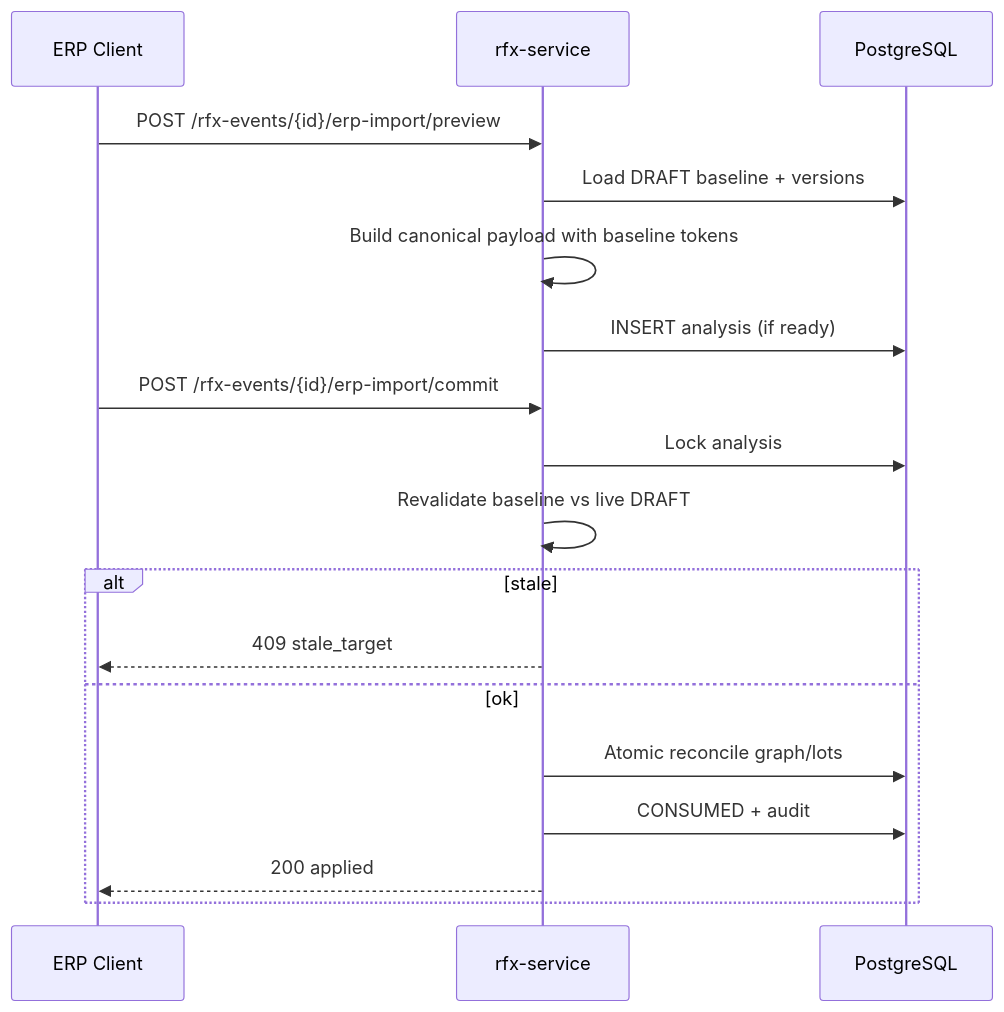
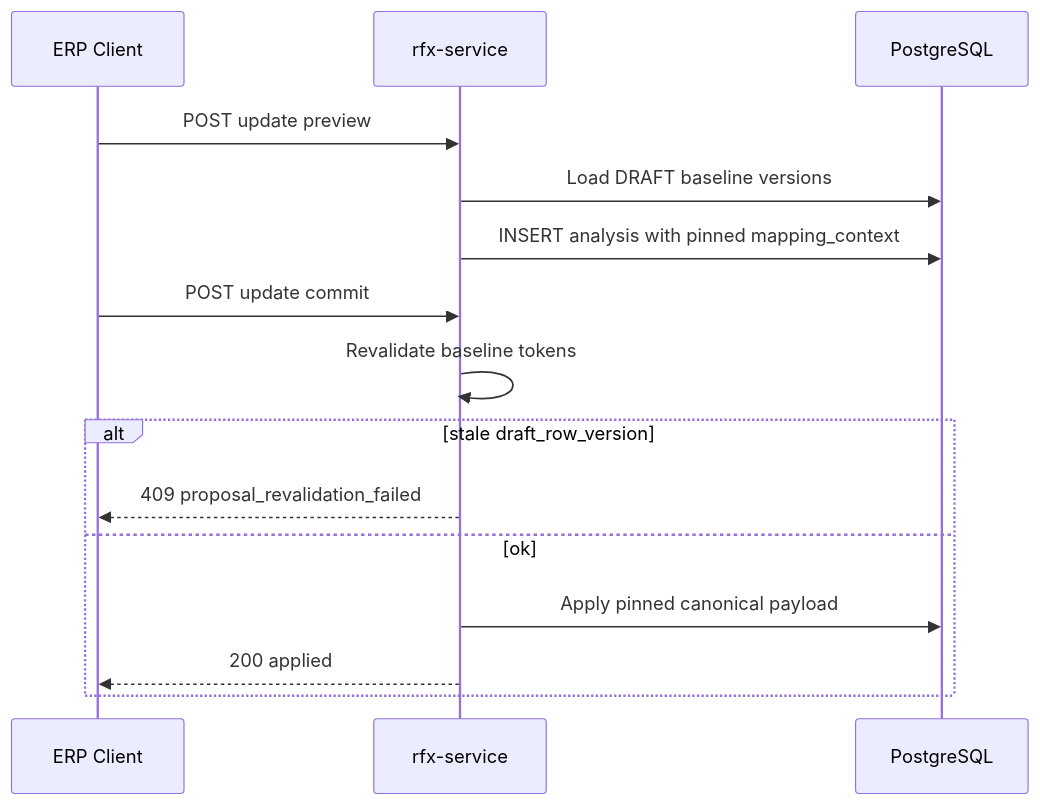
Before and after one commit to f9999737292-bit/Freihgt-platform: the fourth of 10 diagrams in docs/rfx-v3/implementation/RFX_V3_0E7_ERP_API_DIAGRAMS.md, drawn with Mermaid. The commit also changed other lines of this file and 7 other files, not shown here.

Commit message:
docs(rfx): remediate ERP API architecture review findings

````diff
--- a/docs/rfx-v3/implementation/RFX_V3_0E7_ERP_API_DIAGRAMS.md
+++ b/docs/rfx-v3/implementation/RFX_V3_0E7_ERP_API_DIAGRAMS.md
@@ -90,22 +83,19 @@
 ```mermaid
 sequenceDiagram
     participant ERP as ERP Client
     participant RFx as rfx-service
     participant DB as PostgreSQL
 
-    ERP->>RFx: POST /rfx-events/{id}/erp-import/preview
-    RFx->>DB: Load DRAFT baseline + versions
-    RFx->>RFx: Build canonical payload with baseline tokens
-    RFx->>DB: INSERT analysis (if ready)
+    ERP->>RFx: POST update preview
+    RFx->>DB: Load DRAFT baseline versions
+    RFx->>DB: INSERT analysis with pinned mapping_context
 
-    ERP->>RFx: POST /rfx-events/{id}/erp-import/commit
-    RFx->>DB: Lock analysis
-    RFx->>RFx: Revalidate baseline vs live DRAFT
-    alt stale
-        RFx-->>ERP: 409 stale_target
+    ERP->>RFx: POST update commit
+    RFx->>RFx: Revalidate baseline tokens
+    alt stale draft_row_version
+        RFx-->>ERP: 409 proposal_revalidation_failed
     else ok
-        RFx->>DB: Atomic reconcile graph/lots
-        RFx->>DB: CONSUMED + audit
+        RFx->>DB: Apply pinned canonical payload
         RFx-->>ERP: 200 applied
     end
 ```
````
